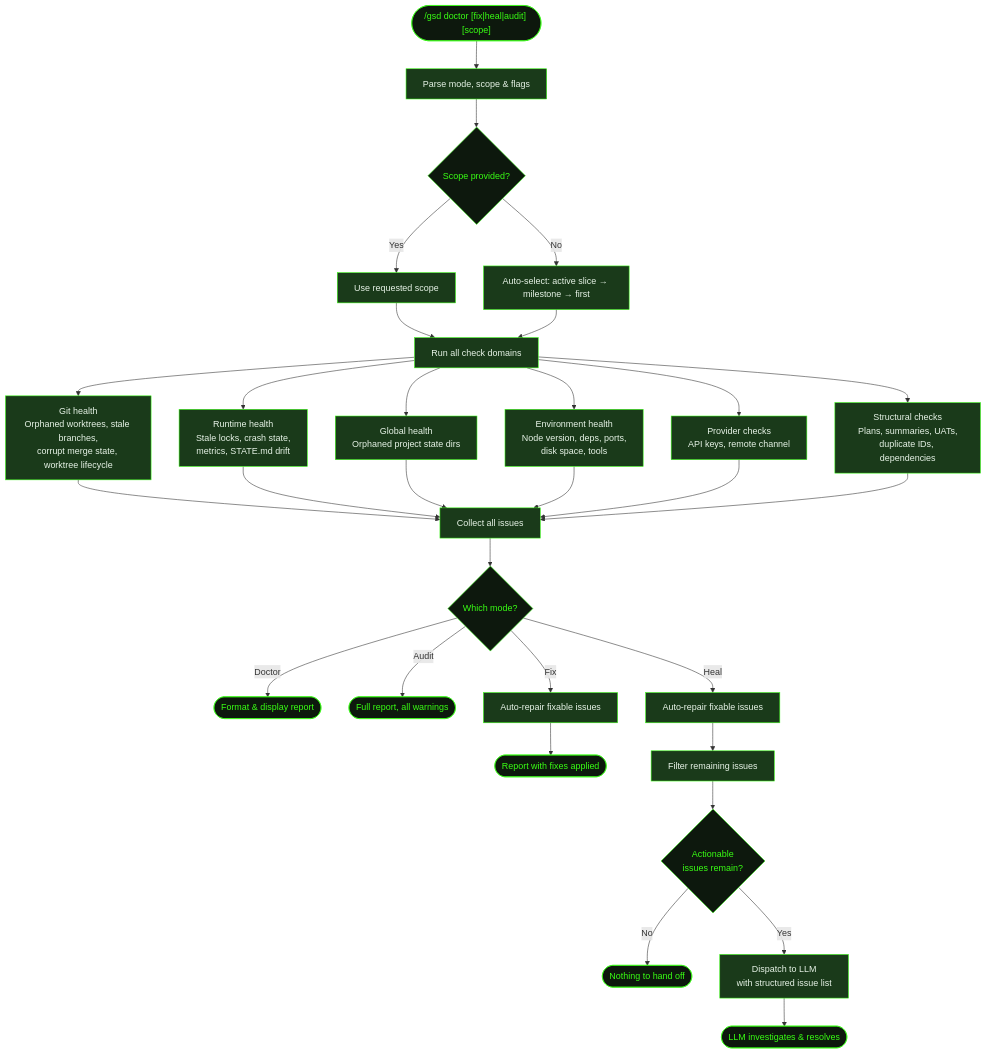
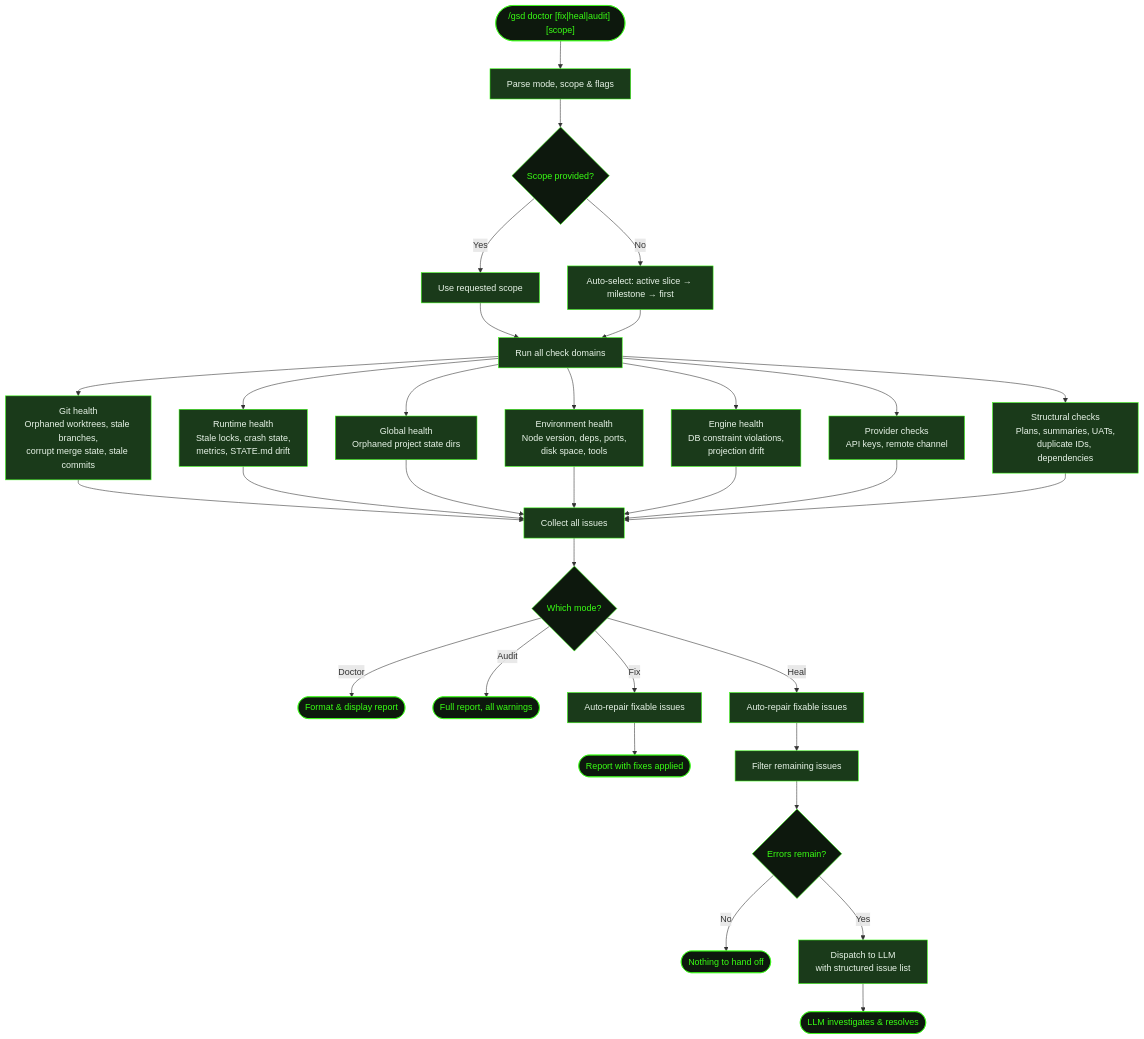
Before and after one commit to shusha-group/gsd2-guide: the diagram in src/content/docs/commands/doctor.mdx, drawn with Mermaid. The commit also changed other lines of this file and 4 other files, not shown here.

````diff
--- a/src/content/docs/commands/doctor.mdx
+++ b/src/content/docs/commands/doctor.mdx
@@ -44,60 +44,63 @@
 ```mermaid
 flowchart TD
     Start(["/gsd doctor [fix|heal|audit] [scope]"]) --> Parse[Parse mode, scope & flags]
     Parse --> Scope{Scope provided?}
     Scope -->|Yes| Use[Use requested scope]
     Scope -->|No| Auto[Auto-select: active slice → milestone → first]
     Use --> Scan
     Auto --> Scan
 
-    Scan[Run all check domains] --> Git[Git health<br/>Orphaned worktrees, stale branches,<br/>corrupt merge state, worktree lifecycle]
+    Scan[Run all check domains] --> Git[Git health<br/>Orphaned worktrees, stale branches,<br/>corrupt merge state, stale commits]
     Scan --> Runtime[Runtime health<br/>Stale locks, crash state,<br/>metrics, STATE.md drift]
     Scan --> Global[Global health<br/>Orphaned project state dirs]
     Scan --> Env[Environment health<br/>Node version, deps, ports,<br/>disk space, tools]
+    Scan --> Engine[Engine health<br/>DB constraint violations,<br/>projection drift]
     Scan --> Provider[Provider checks<br/>API keys, remote channel]
     Scan --> Struct[Structural checks<br/>Plans, summaries, UATs,<br/>duplicate IDs, dependencies]
 
     Git --> Collect[Collect all issues]
     Runtime --> Collect
     Global --> Collect
     Env --> Collect
+    Engine --> Collect
     Provider --> Collect
     Struct --> Collect
 
     Collect --> Mode{Which mode?}
     Mode -->|Doctor| Report([Format & display report])
     Mode -->|Audit| Audit([Full report, all warnings])
     Mode -->|Fix| Fix[Auto-repair fixable issues]
     Fix --> Report2([Report with fixes applied])
     Mode -->|Heal| Fix2[Auto-repair fixable issues]
     Fix2 --> Filter[Filter remaining issues]
-    Filter --> HasErrors{Actionable<br/>issues remain?}
+    Filter --> HasErrors{Errors remain?}
     HasErrors -->|No| Done([Nothing to hand off])
     HasErrors -->|Yes| Dispatch[Dispatch to LLM<br/>with structured issue list]
     Dispatch --> LLM([LLM investigates & resolves])
 
     style Start fill:#0d180d,stroke:#39ff14,color:#39ff14
     style Scope fill:#0d180d,stroke:#39ff14,color:#39ff14
     style Mode fill:#0d180d,stroke:#39ff14,color:#39ff14
     style HasErrors fill:#0d180d,stroke:#39ff14,color:#39ff14
     style Parse fill:#1a3a1a,stroke:#39ff14,color:#e8f4e8
     style Use fill:#1a3a1a,stroke:#39ff14,color:#e8f4e8
     style Auto fill:#1a3a1a,stroke:#39ff14,color:#e8f4e8
     style Scan fill:#1a3a1a,stroke:#39ff14,color:#e8f4e8
     style Git fill:#1a3a1a,stroke:#39ff14,color:#e8f4e8
     style Runtime fill:#1a3a1a,stroke:#39ff14,color:#e8f4e8
     style Global fill:#1a3a1a,stroke:#39ff14,color:#e8f4e8
     style Env fill:#1a3a1a,stroke:#39ff14,color:#e8f4e8
+    style Engine fill:#1a3a1a,stroke:#39ff14,color:#e8f4e8
     style Provider fill:#1a3a1a,stroke:#39ff14,color:#e8f4e8
     style Struct fill:#1a3a1a,stroke:#39ff14,color:#e8f4e8
     style Collect fill:#1a3a1a,stroke:#39ff14,color:#e8f4e8
     style Fix fill:#1a3a1a,stroke:#39ff14,color:#e8f4e8
     style Fix2 fill:#1a3a1a,stroke:#39ff14,color:#e8f4e8
     style Filter fill:#1a3a1a,stroke:#39ff14,color:#e8f4e8
     style Dispatch fill:#1a3a1a,stroke:#39ff14,color:#e8f4e8
     style Report fill:#0d180d,stroke:#39ff14,color:#39ff14
     style Audit fill:#0d180d,stroke:#39ff14,color:#39ff14
     style Report2 fill:#0d180d,stroke:#39ff14,color:#39ff14
     style Done fill:#0d180d,stroke:#39ff14,color:#39ff14
     style LLM fill:#0d180d,stroke:#39ff14,color:#39ff14
 ```
````
